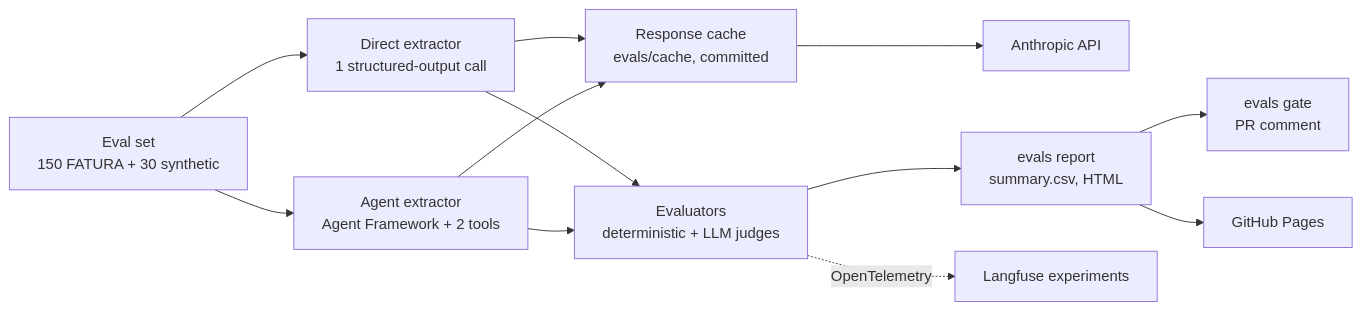
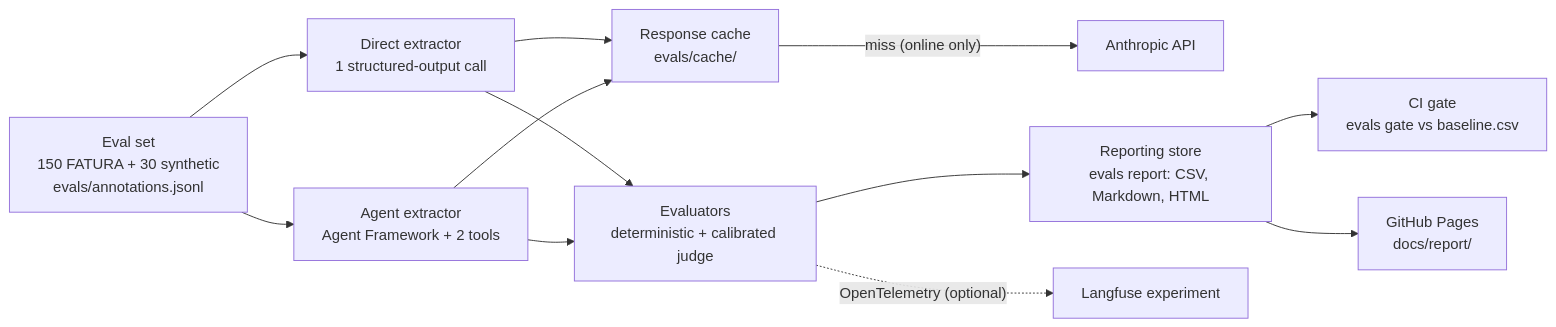
One commit to NikitaFlimakov/invoice-extraction-evals changed the diagram in README.md. Above: the diagram before and after it, drawn with Mermaid. The commit also changed other lines of this file and 3 other files, not shown here.

````diff
--- a/README.md
+++ b/README.md
@@ -9,14 +15,14 @@
 ```mermaid
 flowchart LR
-    data["Eval set<br/>150 FATURA + 30 synthetic"] --> direct["Direct extractor<br/>1 structured-output call"]
+    data["Eval set<br/>150 FATURA + 30 synthetic<br/>evals/annotations.jsonl"] --> direct["Direct extractor<br/>1 structured-output call"]
     data --> agent["Agent extractor<br/>Agent Framework + 2 tools"]
-    direct --> cache["Response cache<br/>evals/cache, committed"]
+    direct --> cache["Response cache<br/>evals/cache/"]
     agent --> cache
-    cache --> api["Anthropic API"]
-    direct --> evals["Evaluators<br/>deterministic + LLM judges"]
+    cache -- "miss (online only)" --> api["Anthropic API"]
+    direct --> evals["Evaluators<br/>deterministic + calibrated judge"]
     agent --> evals
-    evals --> report["evals report<br/>summary.csv, HTML"]
-    evals -. OpenTelemetry .-> langfuse["Langfuse experiments"]
-    report --> gate["evals gate<br/>PR comment"]
-    report --> pages["GitHub Pages"]
+    evals --> reporting["Reporting store<br/>evals report: CSV, Markdown, HTML"]
+    evals -. "OpenTelemetry (optional)" .-> langfuse["Langfuse experiment"]
+    reporting --> gate["CI gate<br/>evals gate vs baseline.csv"]
+    reporting --> pages["GitHub Pages<br/>docs/report/"]
 ```
````
